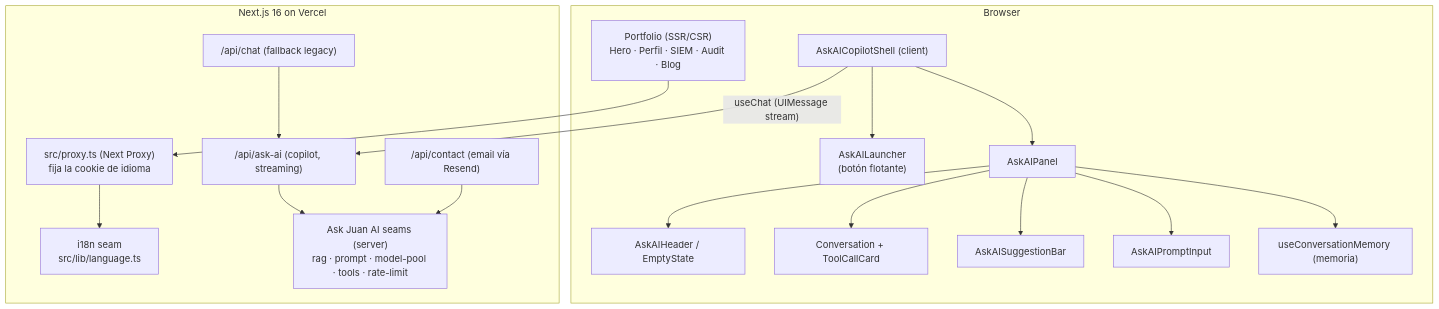
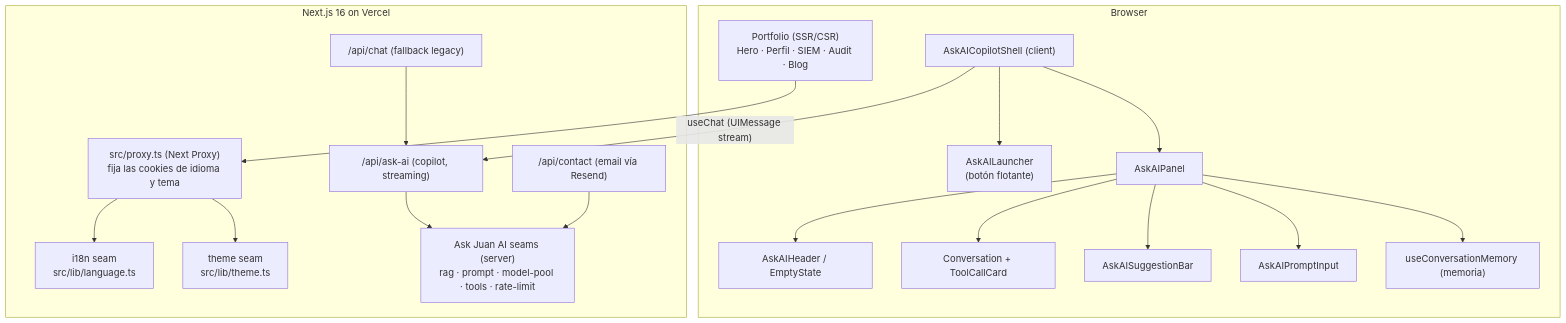
The first of 5 diagrams in README.md (StrategicConnex/Portfolio-app), drawn with Mermaid before and after one commit. The commit also changed other lines of this file and 10 other files, not shown here.

````diff
--- a/README.md
+++ b/README.md
@@ -72,37 +73,39 @@
 ```mermaid
 flowchart TD
     subgraph Browser["Browser"]
         Portfolio["Portfolio (SSR/CSR)<br/>Hero · Perfil · SIEM · Audit · Blog"]
         Shell["AskAICopilotShell (client)"]
         Launcher["AskAILauncher<br/>(botón flotante)"]
         Panel["AskAIPanel"]
         Header["AskAIHeader / EmptyState"]
         Conv["Conversation + ToolCallCard"]
         Sug["AskAISuggestionBar"]
         Input["AskAIPromptInput"]
         Memory["useConversationMemory (memoria)"]
     end
 
     subgraph Vercel["Next.js 16 on Vercel"]
-        Proxy["src/proxy.ts (Next Proxy)<br/>fija la cookie de idioma"]
+        Proxy["src/proxy.ts (Next Proxy)<br/>fija las cookies de idioma y tema"]
         Lang["i18n seam<br/>src/lib/language.ts"]
+        Theme["theme seam<br/>src/lib/theme.ts"]
         AskAI["/api/ask-ai (copilot, streaming)"]
         Contact["/api/contact (email vía Resend)"]
         Chat["/api/chat (fallback legacy)"]
         Seams["Ask Juan AI seams (server)<br/>rag · prompt · model-pool · tools · rate-limit"]
     end
 
     Portfolio --> Proxy
     Shell --> Launcher
     Shell --> Panel
     Panel --> Header
     Panel --> Conv
     Panel --> Sug
     Panel --> Input
     Panel --> Memory
     Shell -->|"useChat (UIMessage stream)"| AskAI
     Proxy --> Lang
+    Proxy --> Theme
     AskAI --> Seams
     Contact --> Seams
     Chat --> AskAI
 ```
````
